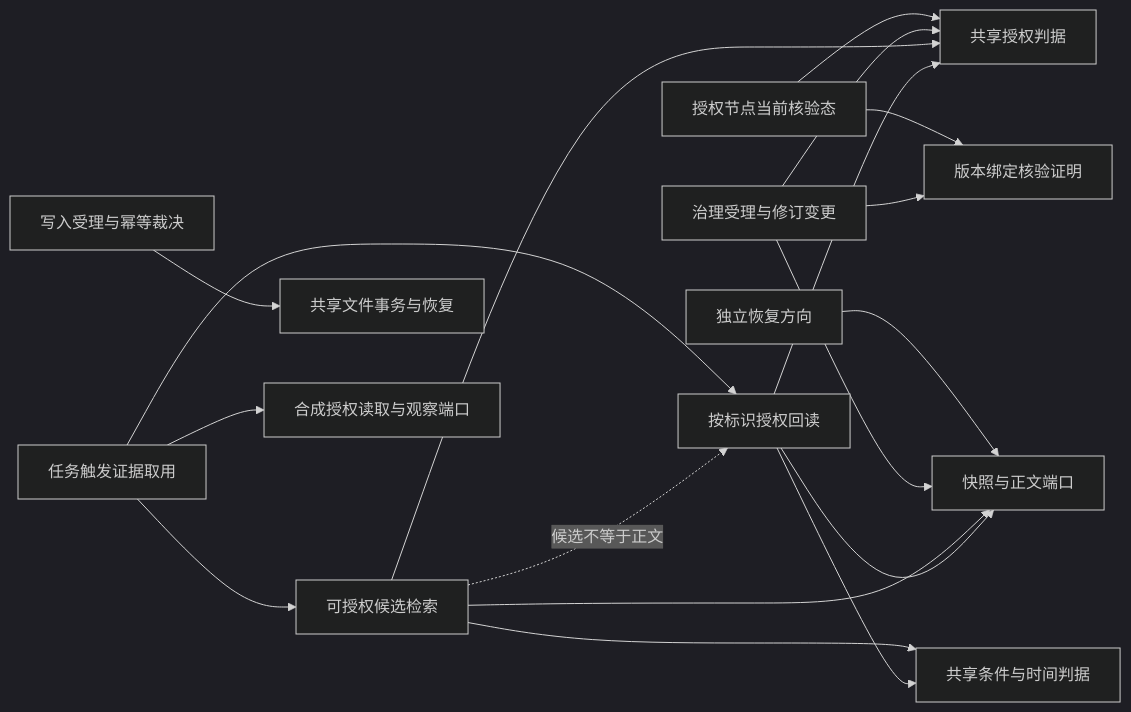
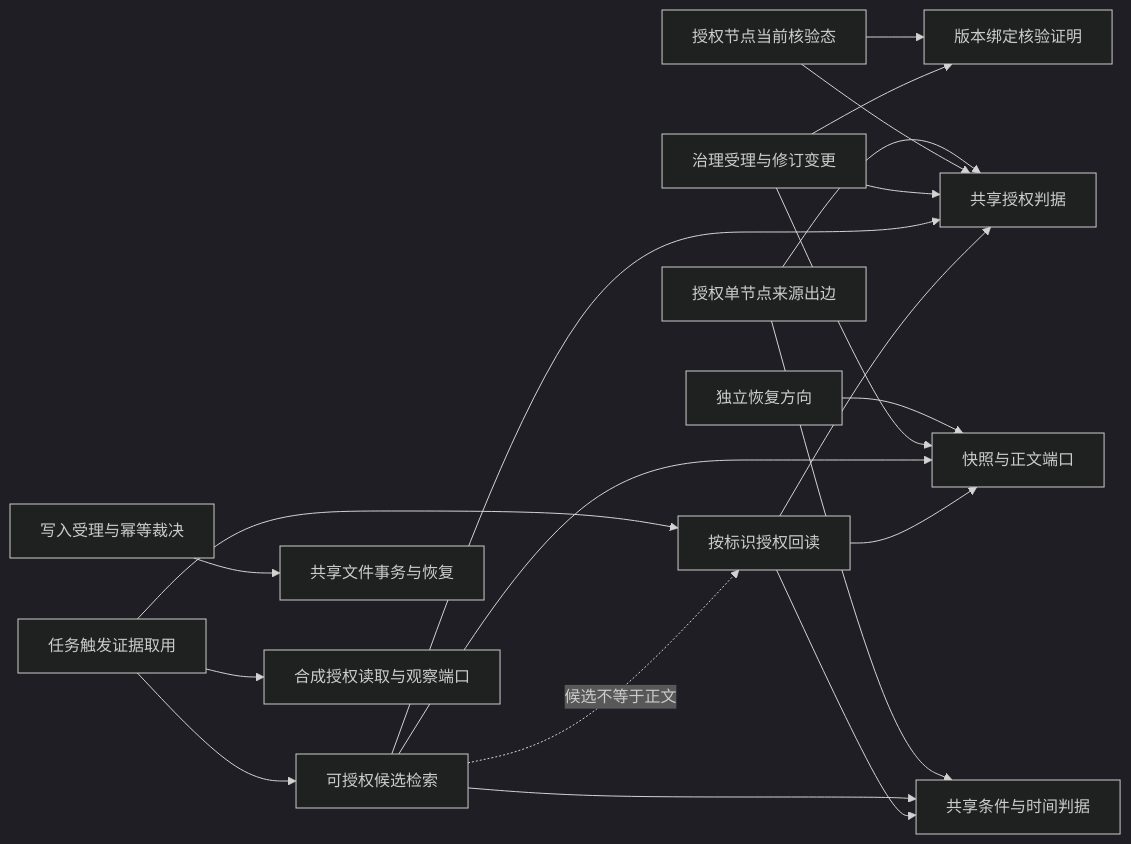
One commit to FuRongJun-1999/dsh-lingshu-memory changed the diagram in docs/CAPABILITY_GRAPH.md. Above: the diagram before and after it, drawn with Mermaid (dark theme). The commit also changed other lines of this file and 12 other files, not shown here.

```diff
--- a/docs/CAPABILITY_GRAPH.md
+++ b/docs/CAPABILITY_GRAPH.md
@@ -5,20 +5,22 @@
 ~~~mermaid
 graph LR
   G[按标识授权回读] --> A[共享授权判据]
   G --> T[共享条件与时间判据]
   G --> S[快照与正文端口]
   Q[可授权候选检索] --> A
   Q --> T
   Q --> S
   Q -. 候选不等于正文 .-> G
   W[写入受理与幂等裁决] --> X[共享文件事务与恢复]
   R[治理受理与修订变更] --> S
   R --> A
   R --> V[版本绑定核验证明]
   K[授权节点当前核验态] --> V
   K --> A
+  E[授权单节点来源出边] --> A
+  E --> T
   P[独立恢复方向] --> S
   C[任务触发证据取用] --> O[合成授权读取与观察端口]
   C --> G
   C --> Q
 ~~~
```
